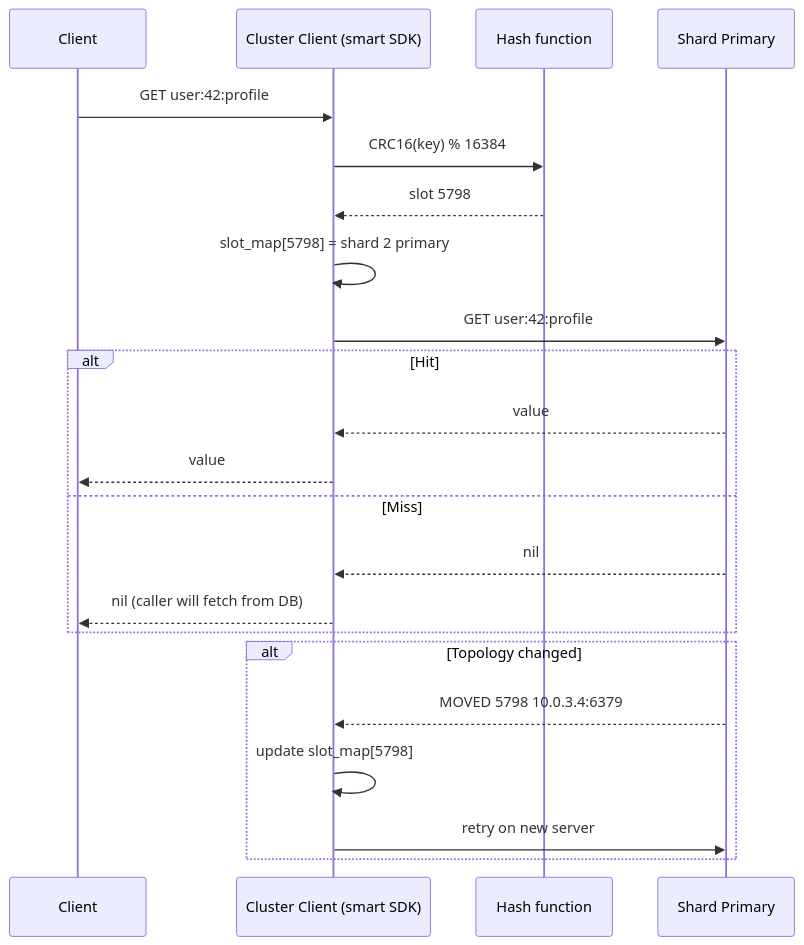
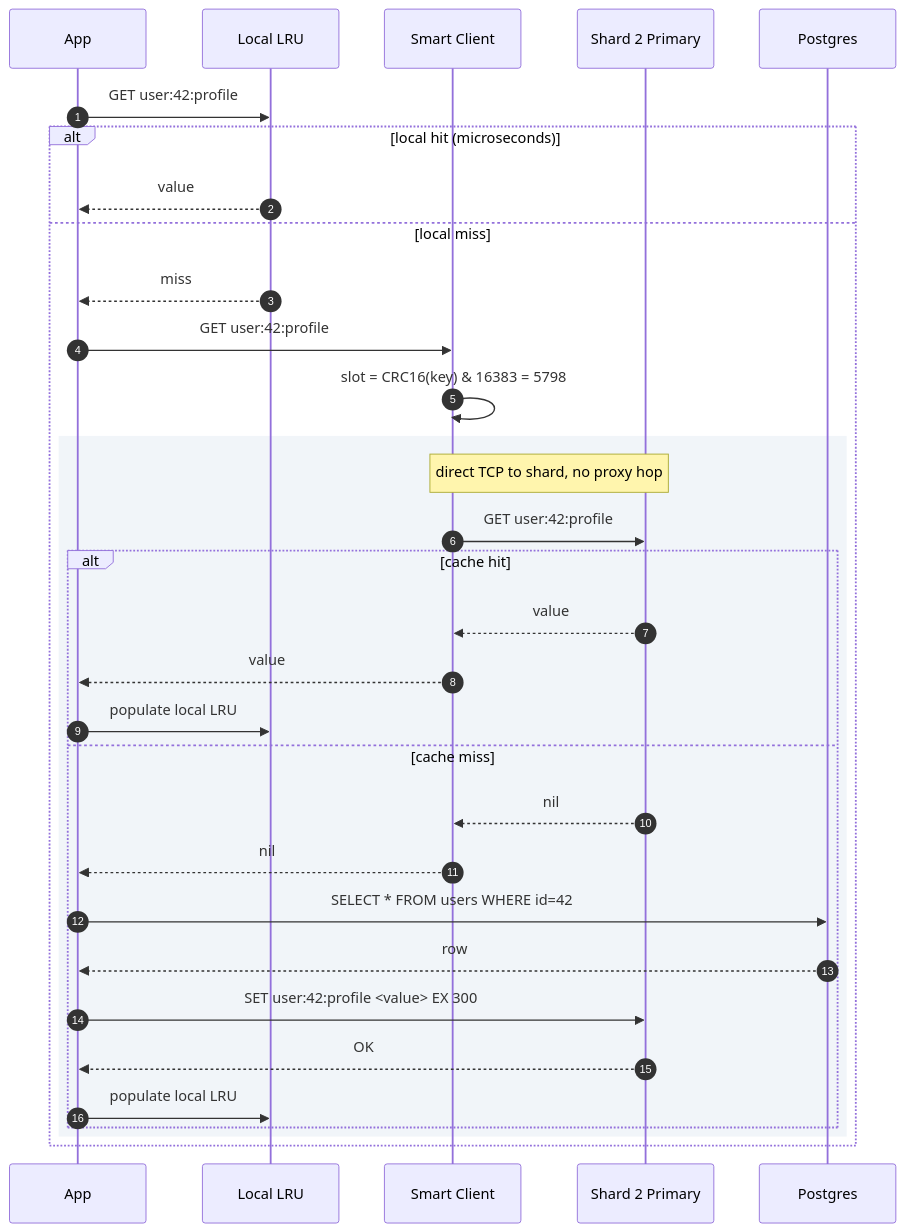
Before and after one commit to shiningflash/shiningflash.github.io: diagram 13 of 14 in _practice/system-design/009-distributed-cache.md, drawn with Mermaid. The commit also changed other lines of this file and 19 other files, not shown here.

````diff
--- a/_practice/system-design/009-distributed-cache.md
+++ b/_practice/system-design/009-distributed-cache.md
@@ -461,24 +685,36 @@
 ```mermaid
 sequenceDiagram
-    participant C as Client
-    participant CL as Cluster Client (smart SDK)
-    participant H as Hash function
-    participant P as Shard Primary
-    C->>CL: GET user:42:profile
-    CL->>H: CRC16(key) % 16384
-    H-->>CL: slot 5798
-    CL->>CL: slot_map[5798] = shard 2 primary
-    CL->>P: GET user:42:profile
-    alt Hit
-        P-->>CL: value
-        CL-->>C: value
-    else Miss
-        P-->>CL: nil
-        CL-->>C: nil (caller will fetch from DB)
-    end
-    alt Topology changed
-        P-->>CL: MOVED 5798 10.0.3.4:6379
-        CL->>CL: update slot_map[5798]
-        CL->>P: retry on new server
+    autonumber
+    participant App
+    participant LRU as Local LRU
+    participant SDK as Smart Client
+    participant S2P as Shard 2 Primary
+    participant DB as Postgres
+
+    App->>LRU: GET user:42:profile
+    alt local hit (microseconds)
+        LRU-->>App: value
+    else local miss
+        LRU-->>App: miss
+        App->>SDK: GET user:42:profile
+        SDK->>SDK: slot = CRC16(key) & 16383 = 5798
+
+        rect rgb(241, 245, 249)
+            Note over SDK,S2P: direct TCP to shard, no proxy hop
+            SDK->>S2P: GET user:42:profile
+            alt cache hit
+                S2P-->>SDK: value
+                SDK-->>App: value
+                App->>LRU: populate local LRU
+            else cache miss
+                S2P-->>SDK: nil
+                SDK-->>App: nil
+                App->>DB: SELECT * FROM users WHERE id=42
+                DB-->>App: row
+                App->>S2P: SET user:42:profile <value> EX 300
+                S2P-->>App: OK
+                App->>LRU: populate local LRU
+            end
+        end
     end
 ```
````
